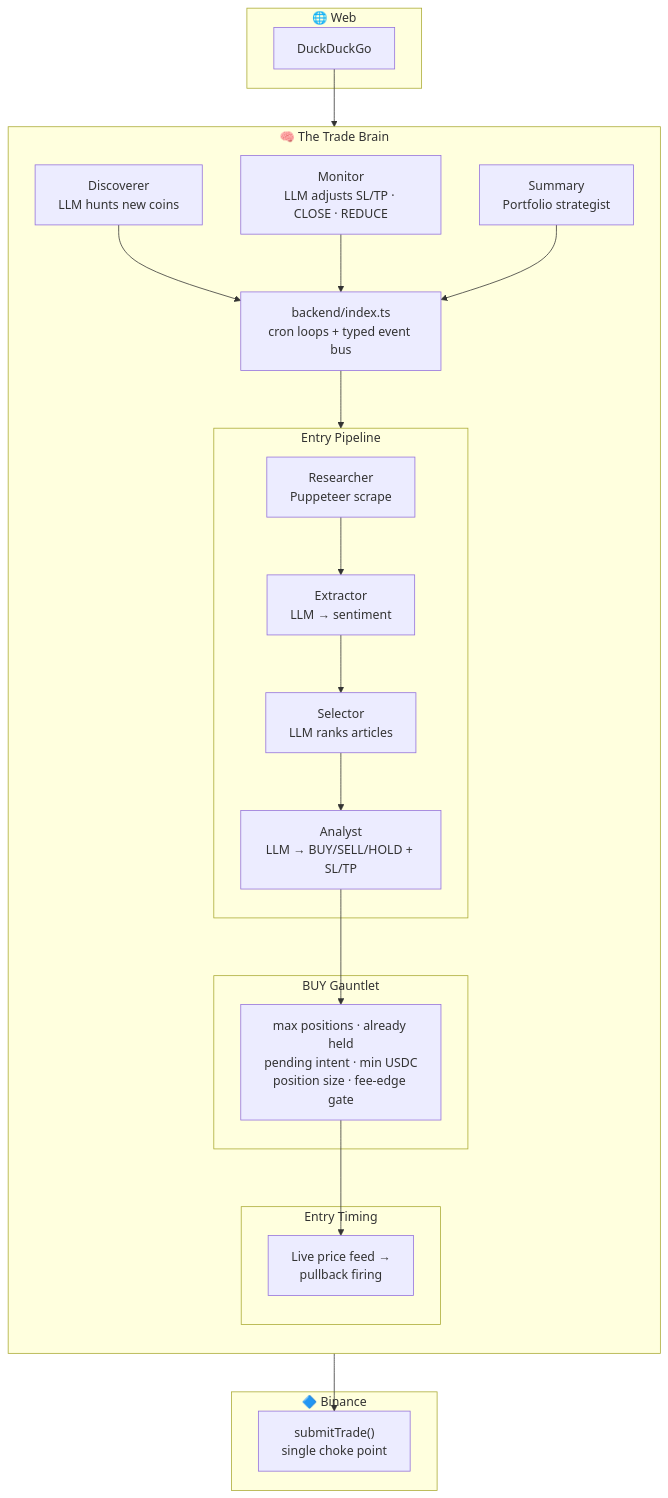
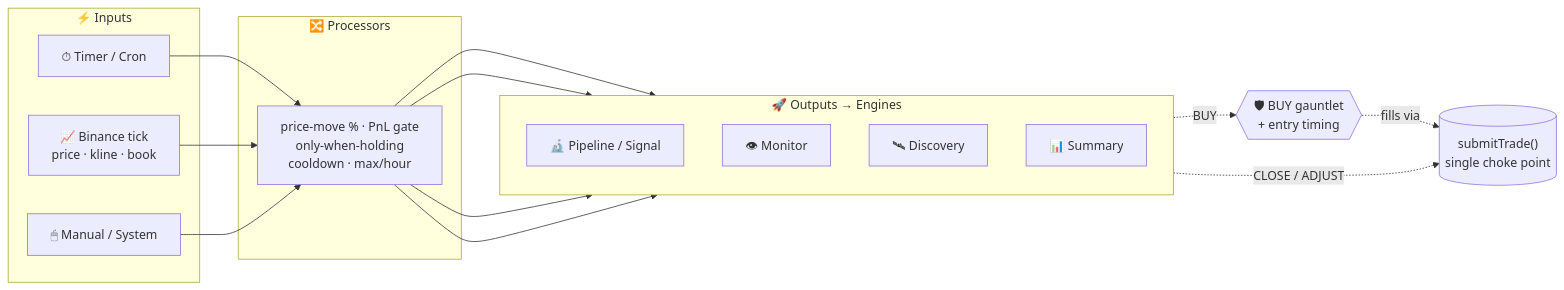
One commit to daureslaurent/trader changed the diagram in README.md. Above: the diagram before and after it, drawn with Mermaid. The commit also changed other lines of this file, not shown here.

Commit message:
Rewrite README with current architecture and features

````diff
--- a/README.md
+++ b/README.md
@@ -36,42 +36,29 @@
 ```mermaid
-flowchart TB
-    subgraph Web["🌐 Web"]
-        DDG["DuckDuckGo"]
+flowchart LR
+    subgraph IN["⚡ Inputs"]
+        T["⏱ Timer / Cron"]
+        B["📈 Binance tick<br/>price · kline · book"]
+        MAN["🖱 Manual / System"]
     end
 
-    subgraph Brain["🧠 The Trade Brain"]
-        direction TB
-        INDX["backend/index.ts<br/>cron loops + typed event bus"]
-        
-        subgraph Pipeline["Entry Pipeline"]
-            R["Researcher<br/>Puppeteer scrape"] --> E["Extractor<br/>LLM → sentiment"]
-            E --> S["Selector<br/>LLM ranks articles"]
-            S --> A["Analyst<br/>LLM → BUY/SELL/HOLD + SL/TP"]
-        end
-
-        subgraph Gates["BUY Gauntlet"]
-            G["max positions · already held<br/>pending intent · min USDC<br/>position size · fee-edge gate"]
-        end
-
-        subgraph Entry["Entry Timing"]
-            T["Live price feed →<br/>pullback firing"]
-        end
-
-        D["Discoverer<br/>LLM hunts new coins"]
-        M["Monitor<br/>LLM adjusts SL/TP · CLOSE · REDUCE"]
-        S2["Summary<br/>Portfolio strategist"]
+    subgraph PROC["🔀 Processors"]
+        P["price-move % · PnL gate<br/>only-when-holding<br/>cooldown · max/hour"]
     end
 
-    subgraph Exchange["🔷 Binance"]
-        SUB["submitTrade()<br/>single choke point"]
+    subgraph OUT["🚀 Outputs → Engines"]
+        direction TB
+        PIPE["🔬 Pipeline / Signal"]
+        MON["👁 Monitor"]
+        DISC["🛰 Discovery"]
+        SUM["📊 Summary"]
     end
 
-    DDG --> R
-    A --> G
-    G --> T
-    T --> SUB
-    D --> INDX
-    M --> INDX
-    S2 --> INDX
-    INDX --> Pipeline
+    T --> P
+    B --> P
+    MAN --> P
+    P --> PIPE & MON & DISC & SUM
+
+    PIPE -.BUY.-> GATE{{"🛡 BUY gauntlet<br/>+ entry timing"}}
+    GATE -.fills via.-> SUB[("submitTrade()<br/>single choke point")]
+    MON -.CLOSE / ADJUST.-> SUB
 ```
````
